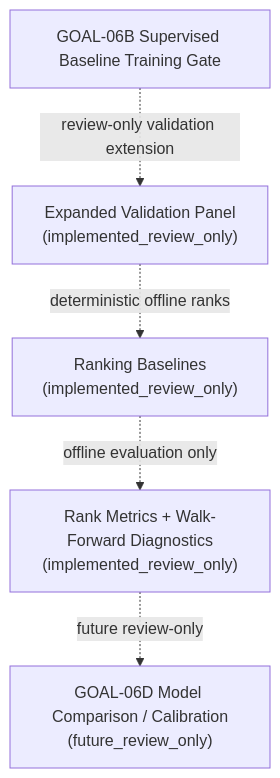
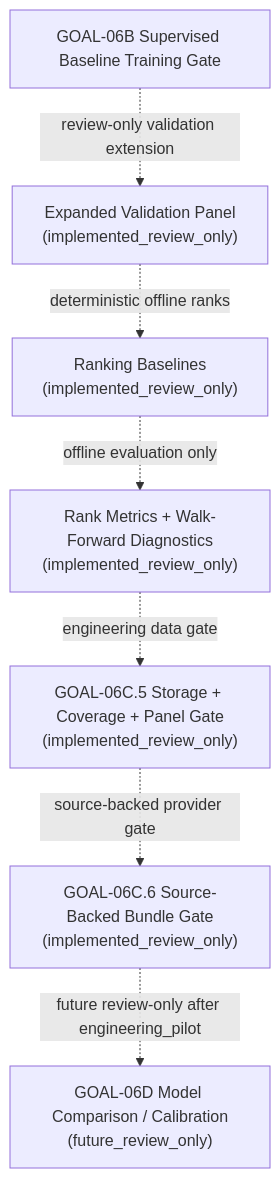
The second of 3 diagrams in docs/architecture/ACTIVE_WORKFLOW_THROUGH_GOAL06B.md (RyanLu0203/A_share_premarket_core), drawn with Mermaid before and after one commit. The commit also changed other lines of this file and 89 other files, not shown here.

Commit message:
Add GOAL-06C.6 source-backed ingestion gate

````diff
--- a/docs/architecture/ACTIVE_WORKFLOW_THROUGH_GOAL06B.md
+++ b/docs/architecture/ACTIVE_WORKFLOW_THROUGH_GOAL06B.md
@@ -29,7 +29,9 @@
 ```mermaid
 flowchart TD
     A["GOAL-06B Supervised Baseline Training Gate"] -. "review-only validation extension" .-> B["Expanded Validation Panel<br/>(implemented_review_only)"]
     B -. "deterministic offline ranks" .-> C["Ranking Baselines<br/>(implemented_review_only)"]
     C -. "offline evaluation only" .-> D["Rank Metrics + Walk-Forward Diagnostics<br/>(implemented_review_only)"]
-    D -. "future review-only" .-> E["GOAL-06D Model Comparison / Calibration<br/>(future_review_only)"]
+    D -. "engineering data gate" .-> E["GOAL-06C.5 Storage + Coverage + Panel Gate<br/>(implemented_review_only)"]
+    E -. "source-backed provider gate" .-> F["GOAL-06C.6 Source-Backed Bundle Gate<br/>(implemented_review_only)"]
+    F -. "future review-only after engineering_pilot" .-> G["GOAL-06D Model Comparison / Calibration<br/>(future_review_only)"]
 ```
````
